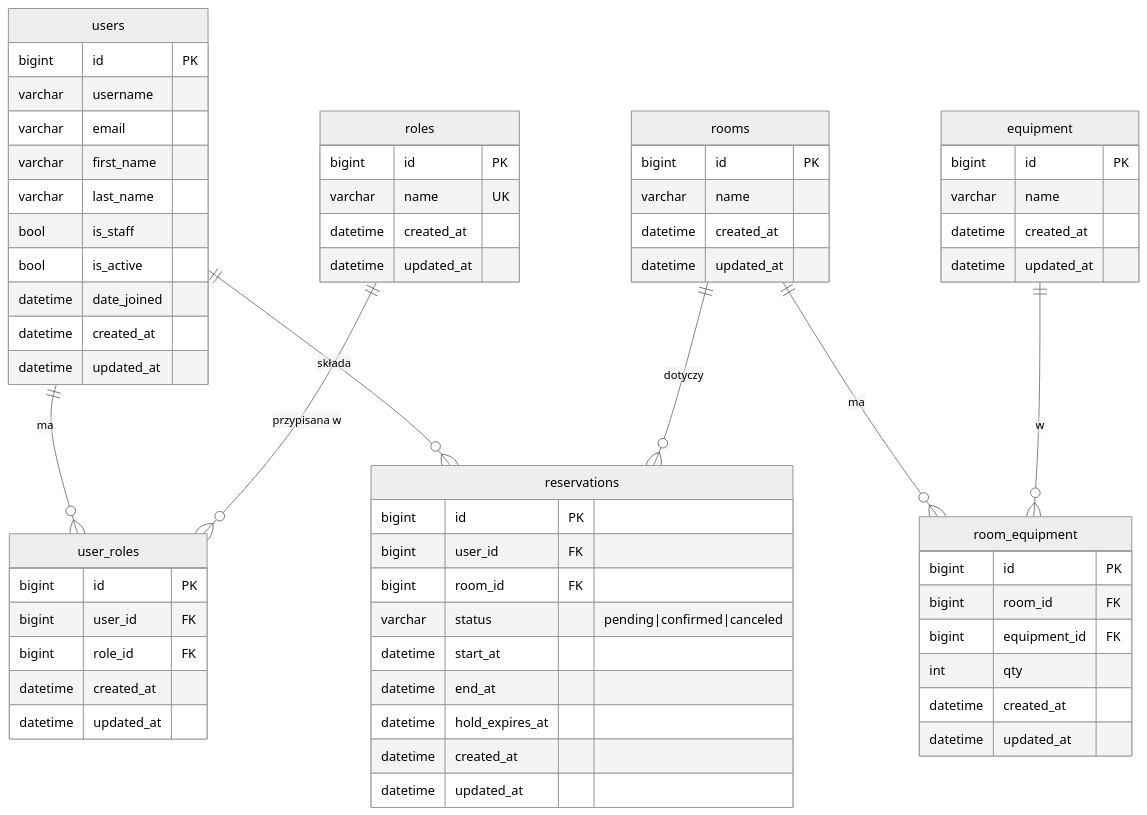
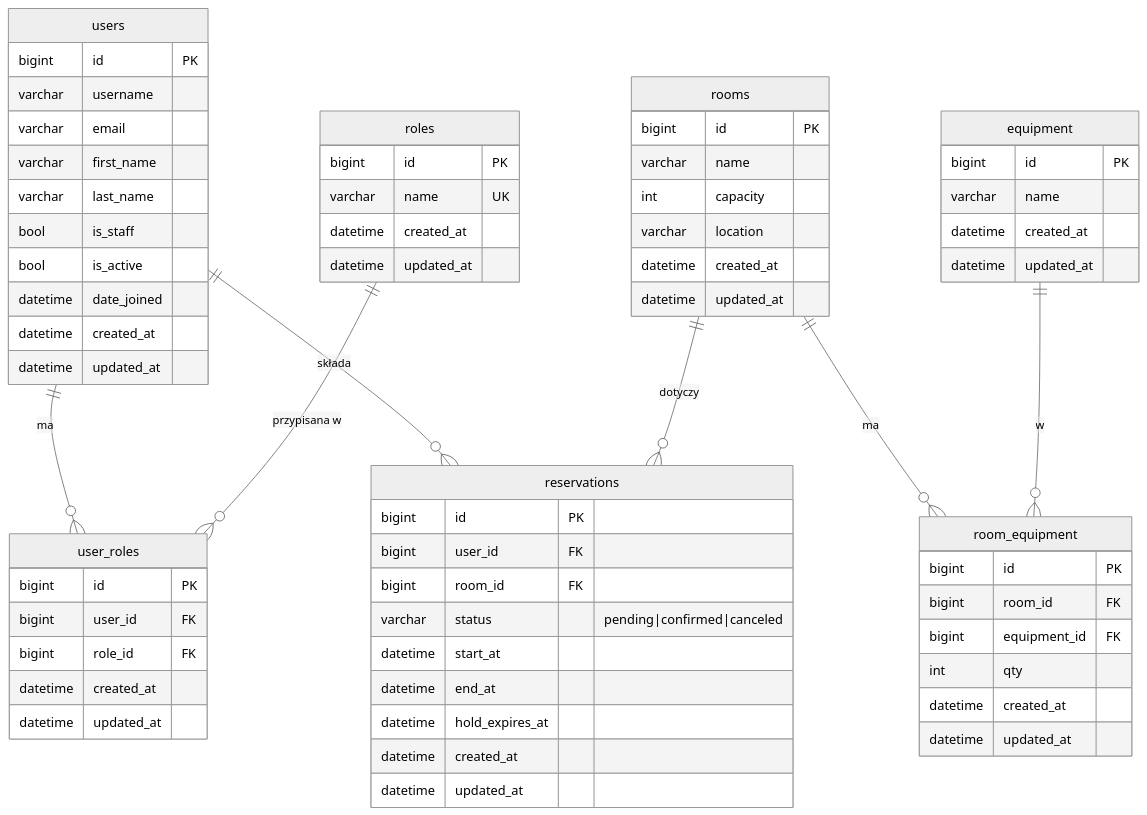
One commit to xCaban/MeetSpace-Plus changed the diagram in docs/erd.md. Above: the diagram before and after it, drawn with Mermaid (neutral theme). The commit also changed 1 other file, not shown here.

Commit message:
Update ERD documentation to include new Room fields
- Added 'capacity' and 'location' fields to the Room entity in the ERD, enhancing clarity for room management.

````diff
--- a/docs/erd.md
+++ b/docs/erd.md
@@ -5,72 +5,74 @@
 ```mermaid
 erDiagram
     users ||--o{ user_roles : "ma"
     roles ||--o{ user_roles : "przypisana w"
     users ||--o{ reservations : "składa"
     rooms ||--o{ reservations : "dotyczy"
     rooms ||--o{ room_equipment : "ma"
     equipment ||--o{ room_equipment : "w"
 
     users {
         bigint id PK
         varchar username
         varchar email
         varchar first_name
         varchar last_name
         bool is_staff
         bool is_active
         datetime date_joined
         datetime created_at
         datetime updated_at
     }
 
     roles {
         bigint id PK
         varchar name UK
         datetime created_at
         datetime updated_at
     }
 
     user_roles {
         bigint id PK
         bigint user_id FK
         bigint role_id FK
         datetime created_at
         datetime updated_at
     }
 
     rooms {
         bigint id PK
         varchar name
+        int capacity
+        varchar location
         datetime created_at
         datetime updated_at
     }
 
     equipment {
         bigint id PK
         varchar name
         datetime created_at
         datetime updated_at
     }
 
     room_equipment {
         bigint id PK
         bigint room_id FK
         bigint equipment_id FK
         int qty
         datetime created_at
         datetime updated_at
     }
 
     reservations {
         bigint id PK
         bigint user_id FK
         bigint room_id FK
         varchar status "pending|confirmed|canceled"
         datetime start_at
         datetime end_at
         datetime hold_expires_at
         datetime created_at
         datetime updated_at
     }
 ```
````
